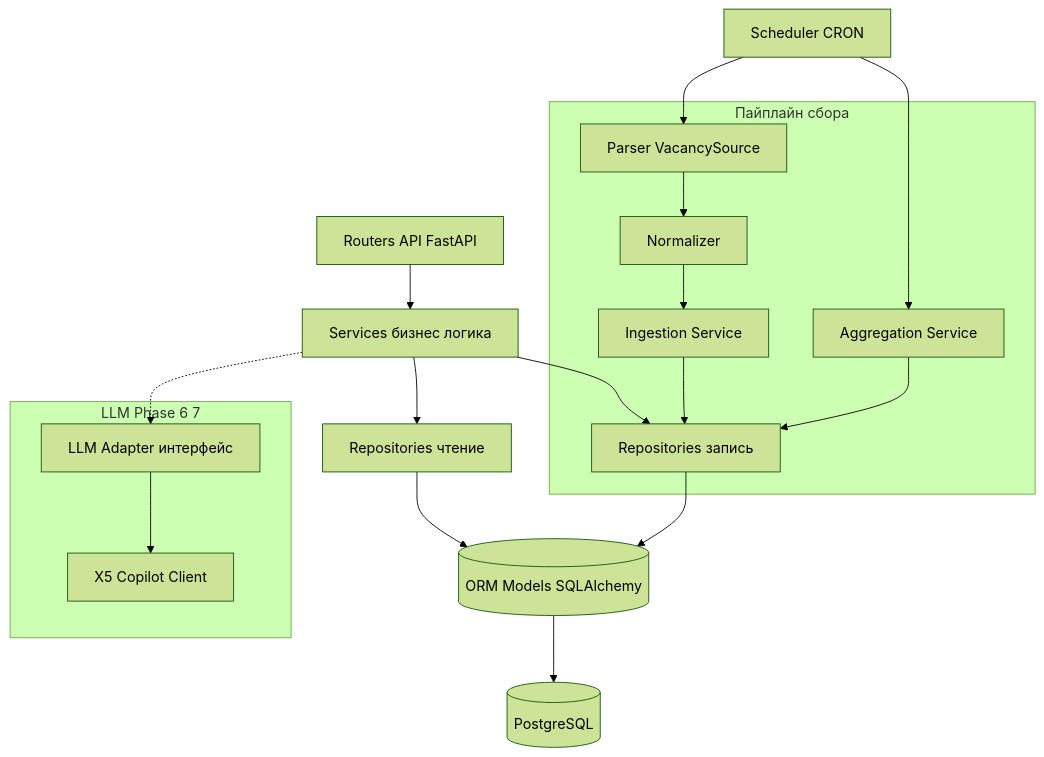
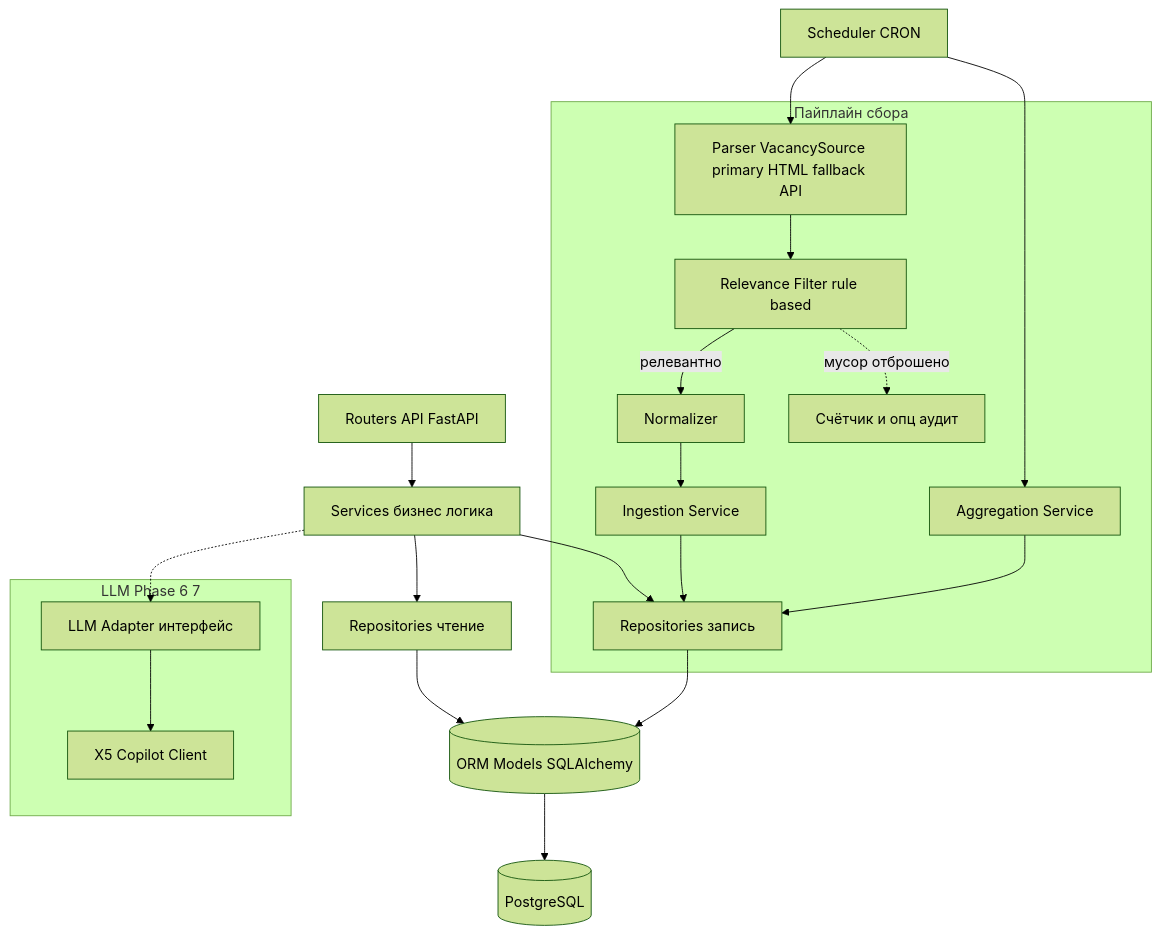
One commit to kemberl1/hh_analyser changed the second of 6 diagrams in docs/02-architecture.md. Above: the diagram before and after it, drawn with Mermaid (forest theme). The commit also changed other lines of this file and 7 other files, not shown here.

````diff
--- a/docs/02-architecture.md
+++ b/docs/02-architecture.md
@@ -91,24 +101,26 @@
 ```mermaid
 flowchart TB
     R[Routers API FastAPI] --> S[Services бизнес логика]
     S --> RepoR[Repositories чтение]
     S --> RepoW[Repositories запись]
     RepoR --> M[(ORM Models SQLAlchemy)]
     RepoW --> M
     M --> PG[(PostgreSQL)]
 
     subgraph Ingestion [Пайплайн сбора]
-        P[Parser VacancySource] --> N[Normalizer]
+        P[Parser VacancySource primary HTML fallback API] --> RF[Relevance Filter rule based]
+        RF -->|релевантно| N[Normalizer]
+        RF -.->|мусор отброшено| DROP[Счётчик и опц аудит]
         N --> ING[Ingestion Service]
         ING --> RepoW
         AGG[Aggregation Service] --> RepoW
     end
 
     subgraph LLMBlock [LLM Phase 6 7]
         LA[LLM Adapter интерфейс] --> X5[X5 Copilot Client]
     end
 
     S -.-> LA
     SCHEDULER[Scheduler CRON] --> P
     SCHEDULER --> AGG
 ```
````
